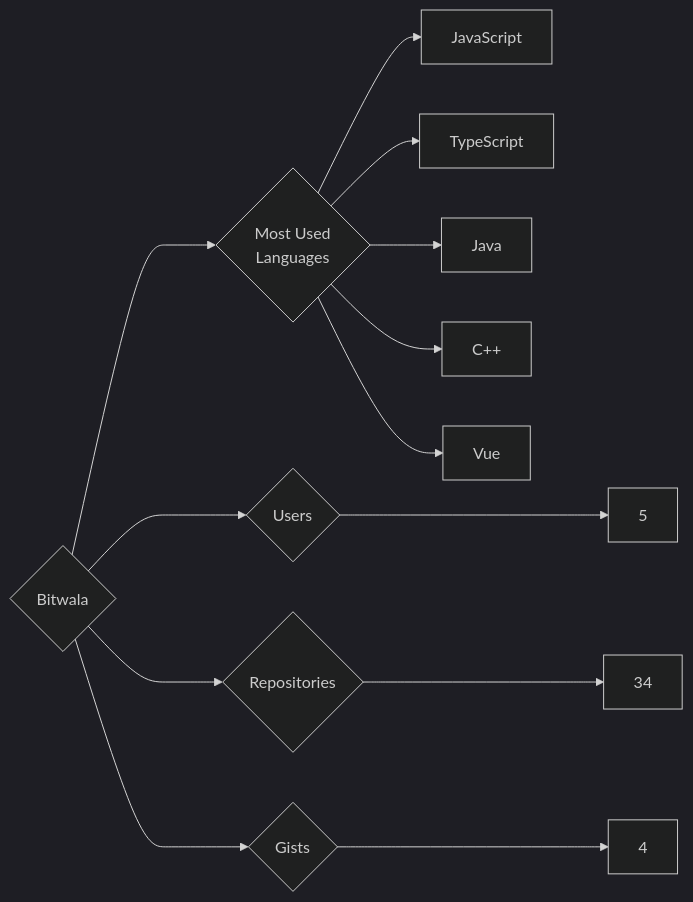
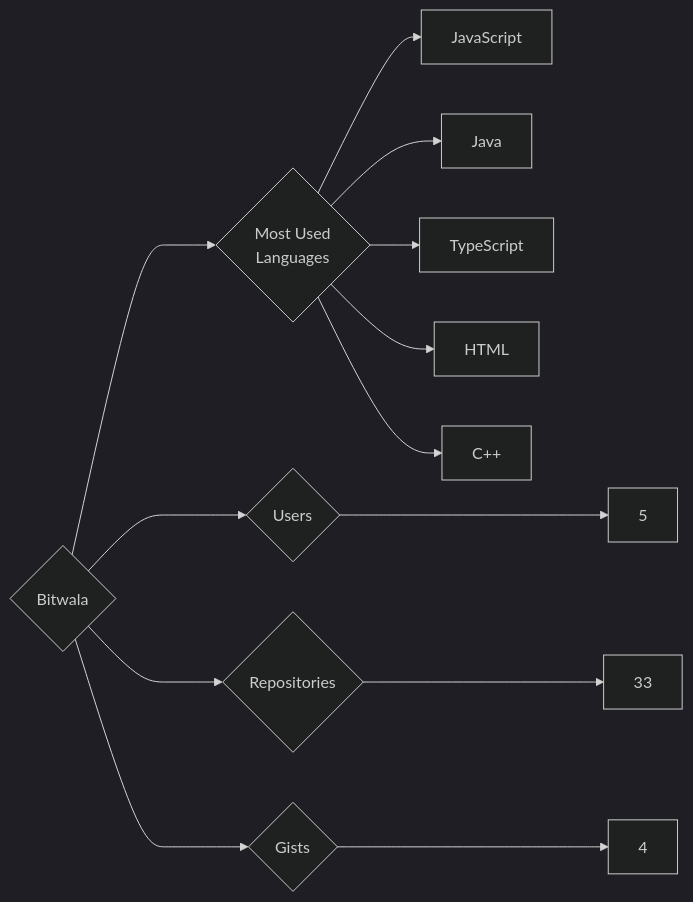
One commit to trickest/insiders changed the diagram in targets/Bitwala/README.md. Above: the diagram before and after it, drawn with Mermaid (dark theme). The commit also changed 1036 other files, not shown here.

````diff
--- a/targets/Bitwala/README.md
+++ b/targets/Bitwala/README.md
@@ -3,13 +3,13 @@
 ```mermaid
 graph LR
 COMPANY_NAME{Bitwala}
 COMPANY_NAME ---> U{Users} ---> UN[5]
-COMPANY_NAME ---> R{Repositories} ---> RN[34]
+COMPANY_NAME ---> R{Repositories} ---> RN[33]
 COMPANY_NAME ---> G{Gists} ---> GN[4]
 COMPANY_NAME ---> ML{Most Used<br>Languages}
 ML --> JavaScript[JavaScript]
+ML --> Java[Java]
 ML --> TypeScript[TypeScript]
-ML --> Java[Java]
+ML --> HTML[HTML]
 ML --> C++[C++]
-ML --> Vue[Vue]
 ```
````
